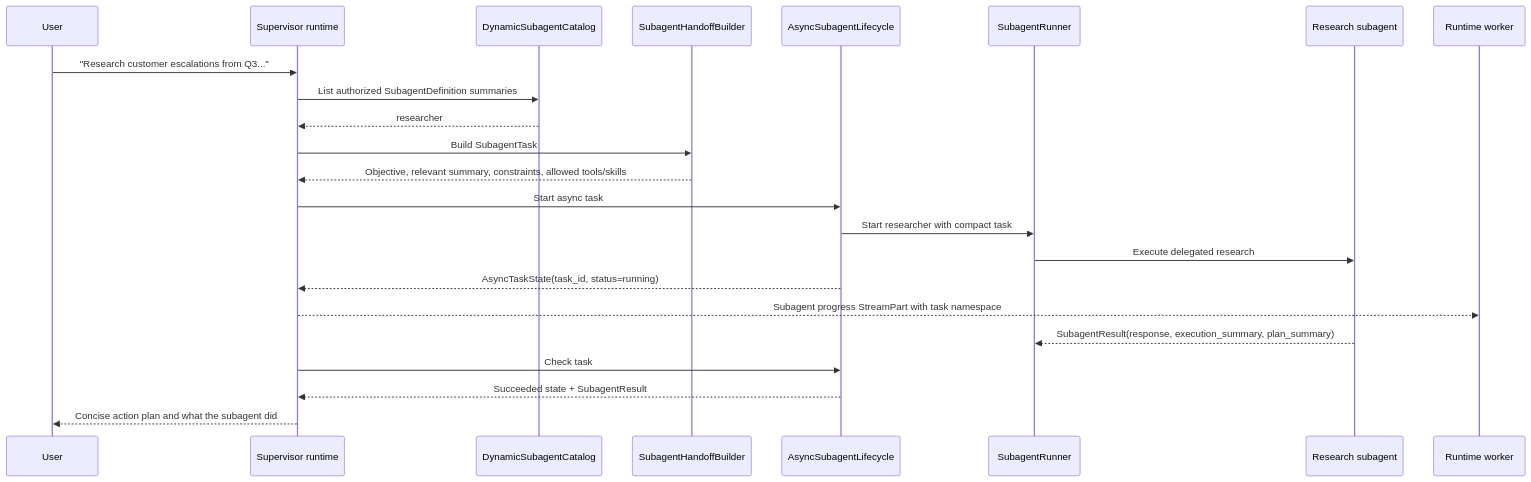
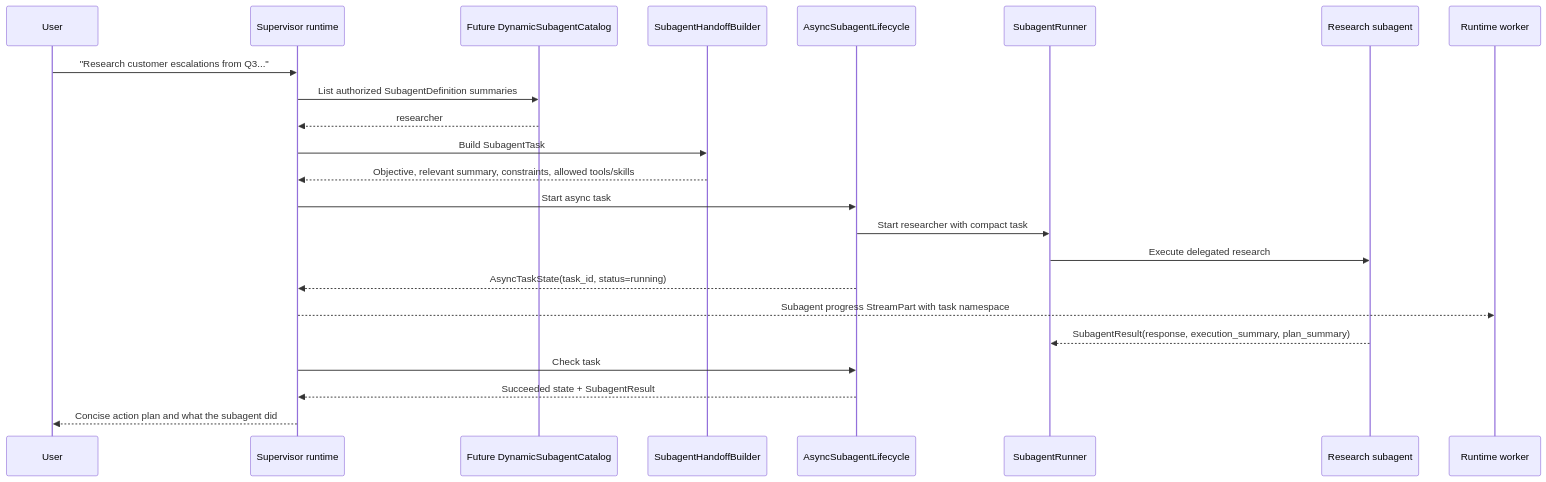
One commit to 0x-copilot-dev/0x-copilot changed the seventh of 8 diagrams in services/ai-backend/docs/architecture/data-flow.md. Above: the diagram before and after it, drawn with Mermaid. The commit also changed other lines of this file and 54 other files, not shown here.

First line of the commit message:
Clean up runtime architecture smells

````diff
--- a/services/ai-backend/docs/architecture/data-flow.md
+++ b/services/ai-backend/docs/architecture/data-flow.md
@@ -235,26 +239,26 @@
 ```mermaid
 sequenceDiagram
   participant User
   participant Supervisor as Supervisor runtime
-  participant Catalog as DynamicSubagentCatalog
+  participant Catalog as Future DynamicSubagentCatalog
   participant Handoff as SubagentHandoffBuilder
   participant Lifecycle as AsyncSubagentLifecycle
   participant Runner as SubagentRunner
   participant Researcher as Research subagent
   participant Worker as Runtime worker
 
   User->>Supervisor: "Research customer escalations from Q3..."
   Supervisor->>Catalog: List authorized SubagentDefinition summaries
   Catalog-->>Supervisor: researcher
   Supervisor->>Handoff: Build SubagentTask
   Handoff-->>Supervisor: Objective, relevant summary, constraints, allowed tools/skills
   Supervisor->>Lifecycle: Start async task
   Lifecycle->>Runner: Start researcher with compact task
   Runner->>Researcher: Execute delegated research
   Lifecycle-->>Supervisor: AsyncTaskState(task_id, status=running)
   Supervisor-->>Worker: Subagent progress StreamPart with task namespace
   Researcher-->>Runner: SubagentResult(response, execution_summary, plan_summary)
   Supervisor->>Lifecycle: Check task
   Lifecycle-->>Supervisor: Succeeded state + SubagentResult
   Supervisor-->>User: Concise action plan and what the subagent did
 ```
````
